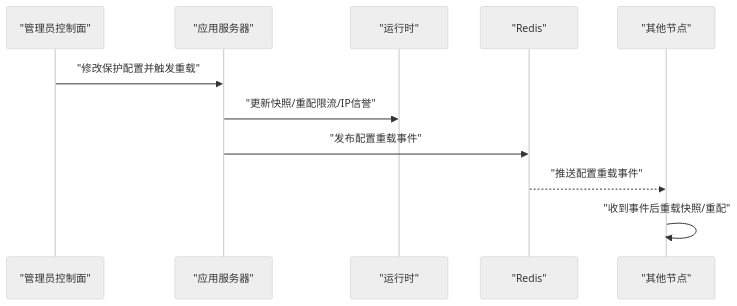
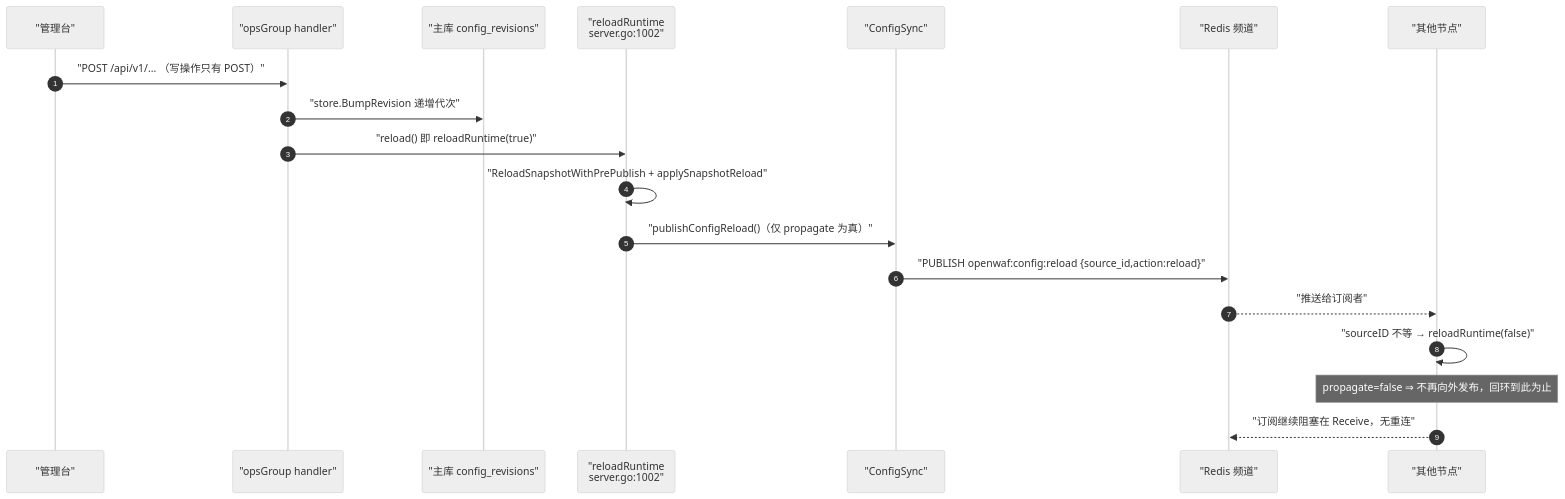
One commit to x01n/My-OpenWaf changed the second of 4 diagrams in docs/扩展与插件系统/第三方集成/消息队列集成.md. Above: the diagram before and after it, drawn with Mermaid (neutral theme). The commit also changed other lines of this file and 622 other files, not shown here.

````diff
--- a/docs/扩展与插件系统/第三方集成/消息队列集成.md
+++ b/docs/扩展与插件系统/第三方集成/消息队列集成.md
@@ -113,13 +172,21 @@
 ```mermaid
 sequenceDiagram
-participant Admin as "管理员控制面"
-participant App as "应用服务器"
-participant RT as "运行时"
-participant Redis as "Redis"
-participant Nodes as "其他节点"
-Admin->>App : "修改保护配置并触发重载"
-App->>RT : "更新快照/重配限流/IP信誉"
-App->>Redis : "发布配置重载事件"
-Redis-->>Nodes : "推送配置重载事件"
-Nodes->>Nodes : "收到事件后重载快照/重配"
+    autonumber
+    participant FE as "管理台"
+    participant RT as "opsGroup handler"
+    participant DB as "主库 config_revisions"
+    participant APP as "reloadRuntime<br/>server.go:1002"
+    participant CS as "ConfigSync"
+    participant RS as "Redis 频道"
+    participant PEER as "其他节点"
+    FE->>RT : "POST /api/v1/... （写操作只有 POST）"
+    RT->>DB : "store.BumpRevision 递增代次"
+    RT->>APP : "reload() 即 reloadRuntime(true)"
+    APP->>APP : "ReloadSnapshotWithPrePublish + applySnapshotReload"
+    APP->>CS : "publishConfigReload()（仅 propagate 为真）"
+    CS->>RS : "PUBLISH openwaf:config:reload {source_id,action:reload}"
+    RS-->>PEER : "推送给订阅者"
+    PEER->>PEER : "sourceID 不等 → reloadRuntime(false)"
+    Note over PEER : propagate=false ⇒ 不再向外发布，回环到此为止
+    PEER-->>RS : "订阅继续阻塞在 Receive，无重连"
 ```
````
